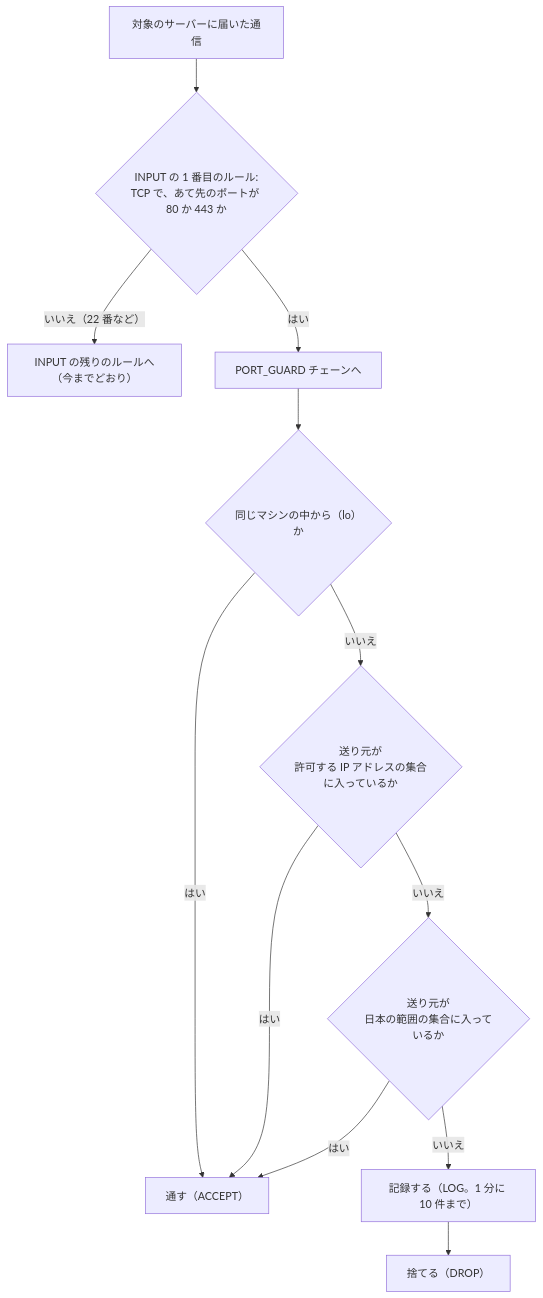
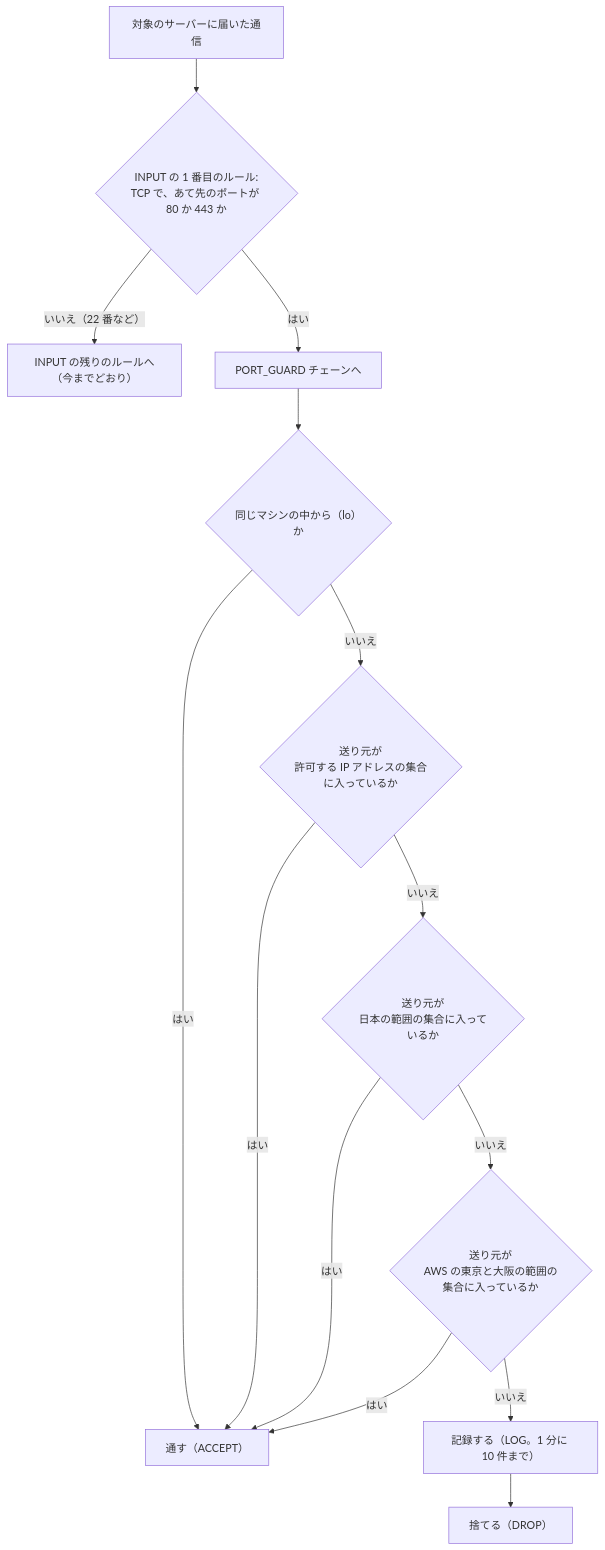
The first of 2 diagrams in docs/ec2/port-guard-rollout/bastion-install-supplement.md (rxsxkxd/pk), drawn with Mermaid before and after one commit. The commit also changed other lines of this file and 11 other files, not shown here.

````diff
--- a/docs/ec2/port-guard-rollout/bastion-install-supplement.md
+++ b/docs/ec2/port-guard-rollout/bastion-install-supplement.md
@@ -64,15 +65,17 @@
 ```mermaid
 %%{init: {"themeVariables": {"fontSize": "16px"}}}%%
 flowchart TD
   A["対象のサーバーに届いた通信"] --> B{"INPUT の 1 番目のルール:<br/>TCP で、あて先のポートが 80 か 443 か"}
   B -- "いいえ（22 番など）" --> Z["INPUT の残りのルールへ（今までどおり）"]
   B -- "はい" --> C["PORT_GUARD チェーンへ"]
   C --> D{"同じマシンの中から（lo）か"}
   D -- "はい" --> OK["通す（ACCEPT）"]
   D -- "いいえ" --> E{"送り元が<br/>許可する IP アドレスの集合に入っているか"}
   E -- "はい" --> OK
   E -- "いいえ" --> F{"送り元が<br/>日本の範囲の集合に入っているか"}
   F -- "はい" --> OK
-  F -- "いいえ" --> G["記録する（LOG。1 分に 10 件まで）"]
+  F -- "いいえ" --> F2{"送り元が<br/>AWS の東京と大阪の範囲の集合に入っているか"}
+  F2 -- "はい" --> OK
+  F2 -- "いいえ" --> G["記録する（LOG。1 分に 10 件まで）"]
   G --> H["捨てる（DROP）"]
 ```
````
